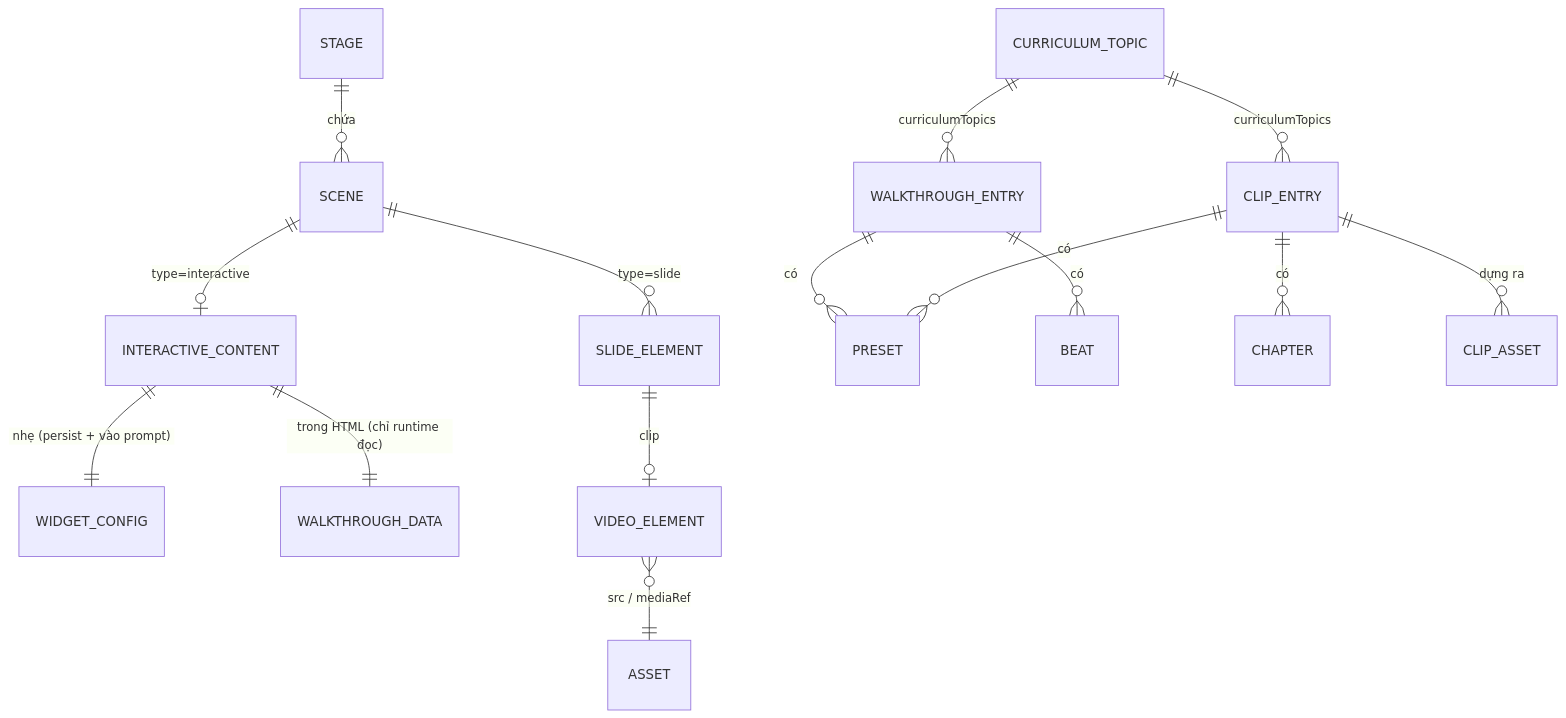
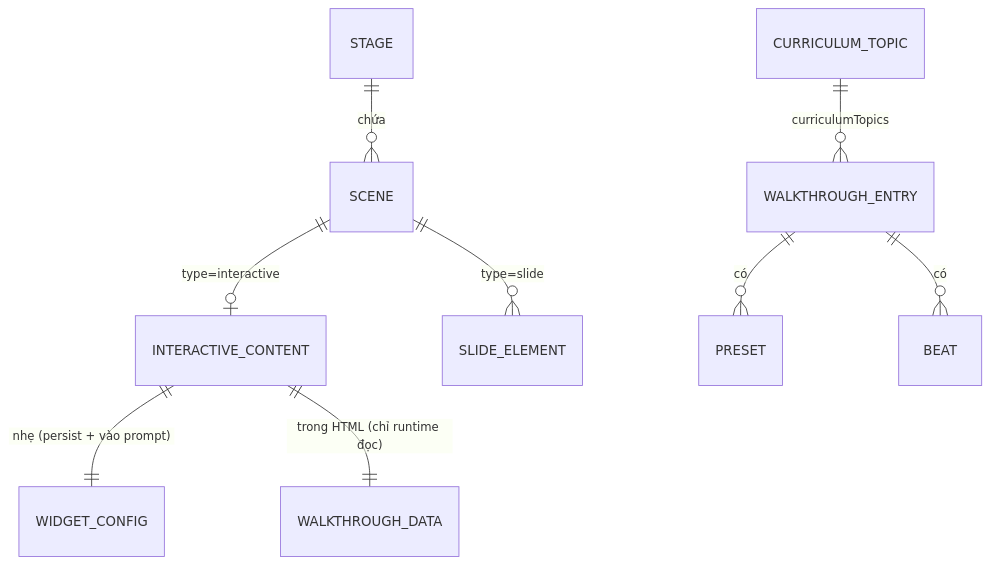
The diagram in docs/tutor/DATA-MODEL.md (nqthiep/OpenMAIC), drawn with Mermaid before and after one commit. The commit also changed other lines of this file and 37 other files, not shown here.

````diff
--- a/docs/tutor/DATA-MODEL.md
+++ b/docs/tutor/DATA-MODEL.md
@@ -14,17 +12,11 @@
 ```mermaid
 erDiagram
   STAGE ||--o{ SCENE : "chứa"
   SCENE ||--o| INTERACTIVE_CONTENT : "type=interactive"
   SCENE ||--o{ SLIDE_ELEMENT : "type=slide"
   INTERACTIVE_CONTENT ||--|| WIDGET_CONFIG : "nhẹ (persist + vào prompt)"
   INTERACTIVE_CONTENT ||--|| WALKTHROUGH_DATA : "trong HTML (chỉ runtime đọc)"
-  SLIDE_ELEMENT ||--o| VIDEO_ELEMENT : "clip"
-  VIDEO_ELEMENT }o--|| ASSET : "src / mediaRef"
   WALKTHROUGH_ENTRY ||--o{ PRESET : "có"
   WALKTHROUGH_ENTRY ||--o{ BEAT : "có"
-  CLIP_ENTRY ||--o{ CHAPTER : "có"
-  CLIP_ENTRY ||--o{ PRESET : "có"
-  CLIP_ENTRY ||--o{ CLIP_ASSET : "dựng ra"
   CURRICULUM_TOPIC ||--o{ WALKTHROUGH_ENTRY : "curriculumTopics"
-  CURRICULUM_TOPIC ||--o{ CLIP_ENTRY : "curriculumTopics"
 ```
````
